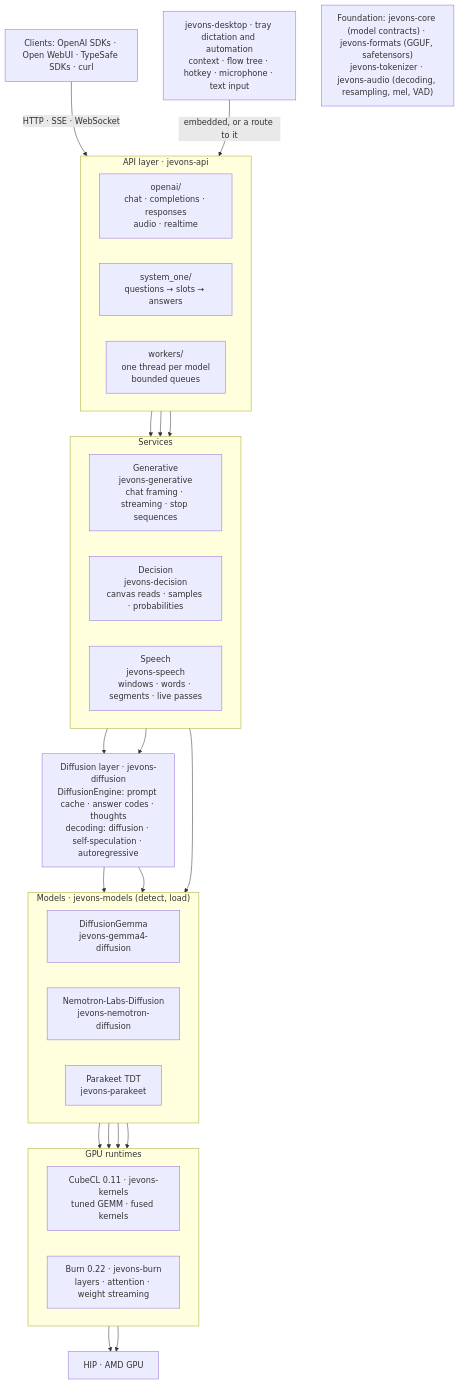
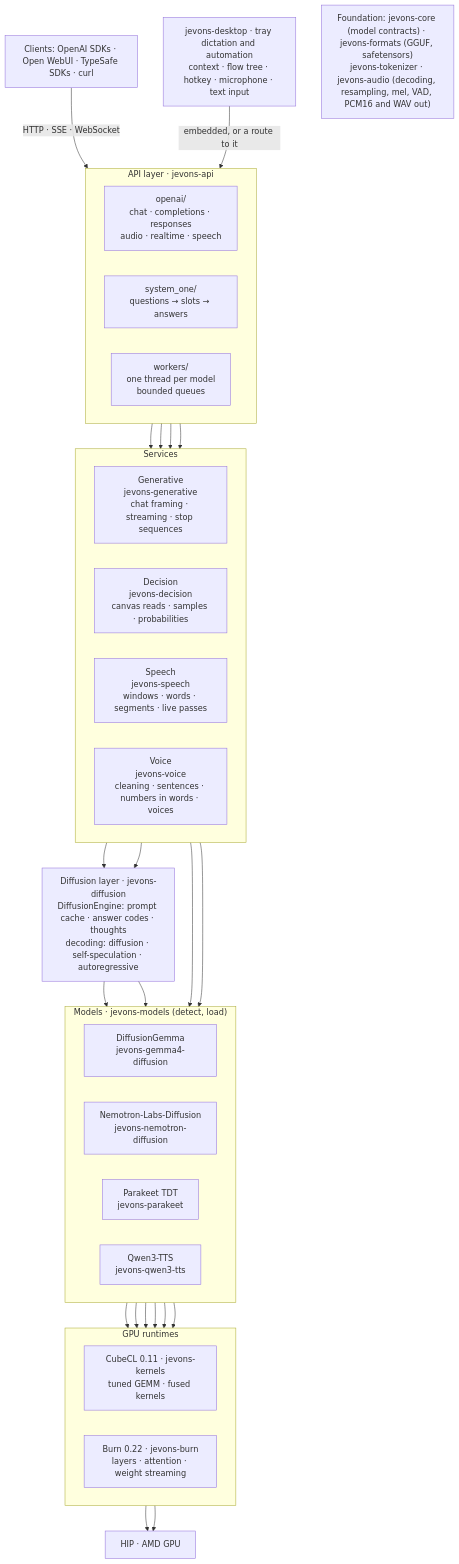
Before and after one commit to zojeda/jevons-rs: the third of 3 diagrams in README.md, drawn with Mermaid. The commit also changed other lines of this file and 216 other files, not shown here.

First line of the commit message:
Voice output: Qwen3-TTS on the GPU, /v1/audio/speech, spoken answers in the desktop app

````diff
--- a/README.md
+++ b/README.md
@@ -216,54 +217,60 @@
 ```mermaid
 flowchart TB
     clients["Clients: OpenAI SDKs · Open WebUI · TypeSafe SDKs · curl"]
     desktop["jevons-desktop · tray dictation and automation<br/>context · flow tree · hotkey · microphone · text input"]
 
     subgraph api["API layer · jevons-api"]
         direction LR
-        openai["openai/<br/>chat · completions · responses<br/>audio · realtime"]
+        openai["openai/<br/>chat · completions · responses<br/>audio · realtime · speech"]
         systemone["system_one/<br/>questions → slots → answers"]
         workers["workers/<br/>one thread per model<br/>bounded queues"]
     end
 
     subgraph services["Services"]
         direction LR
         generative["Generative<br/>jevons-generative<br/>chat framing · streaming · stop sequences"]
         decision["Decision<br/>jevons-decision<br/>canvas reads · samples · probabilities"]
         speech["Speech<br/>jevons-speech<br/>windows · words · segments · live passes"]
+        voice["Voice<br/>jevons-voice<br/>cleaning · sentences · numbers in words · voices"]
     end
 
     diffusion["Diffusion layer · jevons-diffusion<br/>DiffusionEngine: prompt cache · answer codes · thoughts<br/>decoding: diffusion · self-speculation · autoregressive"]
 
     subgraph models["Models · jevons-models (detect, load)"]
         direction LR
         gemma["DiffusionGemma<br/>jevons-gemma4-diffusion"]
         nemotron["Nemotron-Labs-Diffusion<br/>jevons-nemotron-diffusion"]
         parakeet["Parakeet TDT<br/>jevons-parakeet"]
+        qwen["Qwen3-TTS<br/>jevons-qwen3-tts"]
     end
 
     subgraph runtimes["GPU runtimes"]
         direction LR
         cubecl["CubeCL 0.11 · jevons-kernels<br/>tuned GEMM · fused kernels"]
         burn["Burn 0.22 · jevons-burn<br/>layers · attention · weight streaming"]
     end
 
     gpu["HIP · AMD GPU"]
-    foundation["Foundation: jevons-core (model contracts) · jevons-formats (GGUF, safetensors)<br/>jevons-tokenizer · jevons-audio (decoding, resampling, mel, VAD)"]
+    foundation["Foundation: jevons-core (model contracts) · jevons-formats (GGUF, safetensors)<br/>jevons-tokenizer · jevons-audio (decoding, resampling, mel, VAD, PCM16 and WAV out)"]
 
     clients -- "HTTP · SSE · WebSocket" --> api
     desktop -- "embedded, or a route to it" --> api
     openai --> generative
     openai --> speech
+    openai --> voice
     systemone --> decision
     generative --> diffusion
     decision --> diffusion
     diffusion --> gemma
     diffusion --> nemotron
     speech --> parakeet
+    voice --> qwen
     gemma --> cubecl
     gemma --> burn
     nemotron --> burn
     parakeet --> burn
+    qwen --> cubecl
+    qwen --> burn
     cubecl --> gpu
     burn --> gpu
 ```
````
